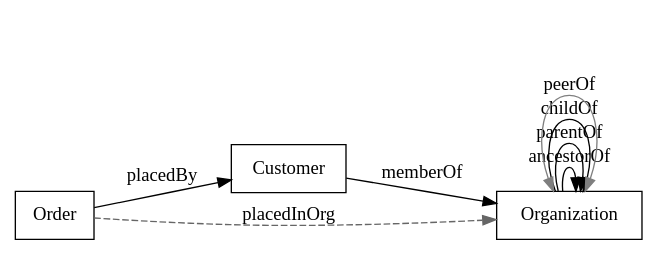
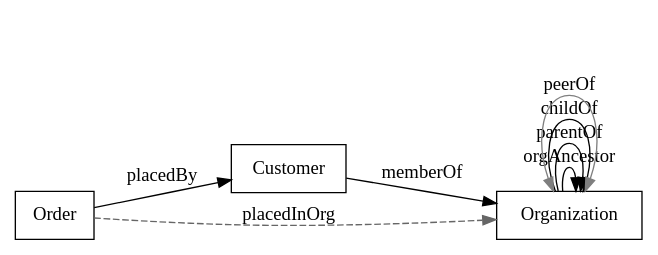
Before and after one commit to end2endlogic-com/quantum-framework: the fourth of 4 diagrams in quantum-docs/src/docs/asciidoc/user-guide/ontology.adoc, drawn with Graphviz. The commit also changed other lines of this file and 2 other files, not shown here.

First line of the commit message:
docs(ontology): replace the invalid transitive org roll-up chain

```diff
--- a/quantum-docs/src/docs/asciidoc/user-guide/ontology.adoc
+++ b/quantum-docs/src/docs/asciidoc/user-guide/ontology.adoc
@@ -1665,27 +1672,27 @@
 [graphviz]
 ----
 digraph TBox {
   rankdir=LR;
   node [shape=box];
 
   // Classes
   Order [label="Order"];
   Customer [label="Customer"];
   Organization [label="Organization"];
 
   // Explicit predicates (solid)
   Order -> Customer     [label="placedBy"];
   Customer -> Organization [label="memberOf"];
-  Organization -> Organization [label="ancestorOf"];
+  Organization -> Organization [label="orgAncestor"];
 
   // Implied predicate via chain (dashed)
   Order -> Organization [label="placedInOrg", style=dashed, color=gray40];
 
   // Inverse pair (shown separately)
   Organization -> Organization [label="parentOf"];
   Organization -> Organization [label="childOf"];
 
   // Symmetric relation (bidirectional arrows)
   Organization -> Organization [label="peerOf", dir=both, arrowhead=normal, arrowtail=normal, color=gray50];
 }
 ----
```
